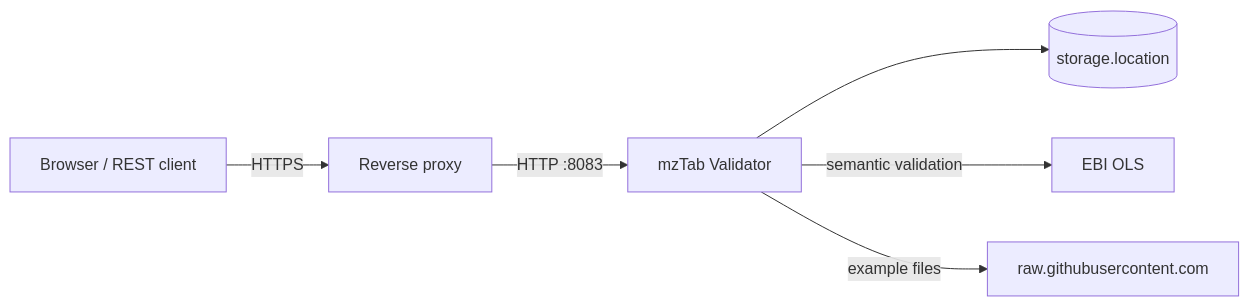
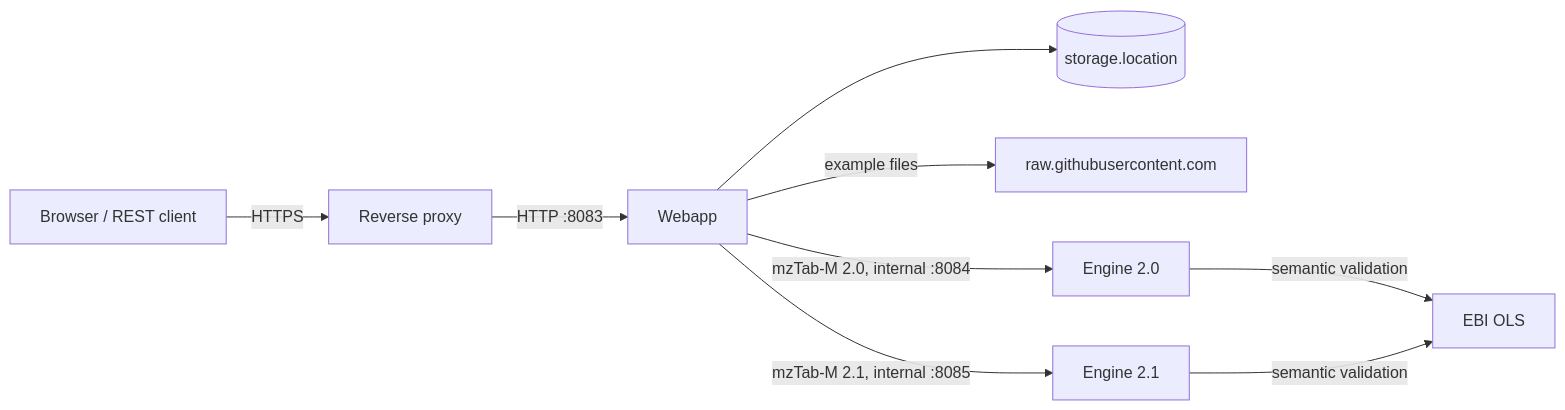
The diagram in docs/self-hosting/README.md (lifs-tools/jmzTab-m-webapp), drawn with Mermaid before and after one commit. The commit also changed other lines of this file and 12 other files, not shown here.

````diff
--- a/docs/self-hosting/README.md
+++ b/docs/self-hosting/README.md
@@ -15,8 +23,11 @@
 ```mermaid
 flowchart LR
   browser[Browser / REST client] -->|HTTPS| proxy[Reverse proxy]
-  proxy -->|HTTP :8083| app[mzTab Validator]
+  proxy -->|HTTP :8083| app[Webapp]
   app --> storage[(storage.location)]
-  app -->|semantic validation| ols[EBI OLS]
   app -->|example files| github[raw.githubusercontent.com]
+  app -->|mzTab-M 2.0, internal :8084| e20[Engine 2.0]
+  app -->|mzTab-M 2.1, internal :8085| e21[Engine 2.1]
+  e20 -->|semantic validation| ols[EBI OLS]
+  e21 -->|semantic validation| ols
 ```
````
